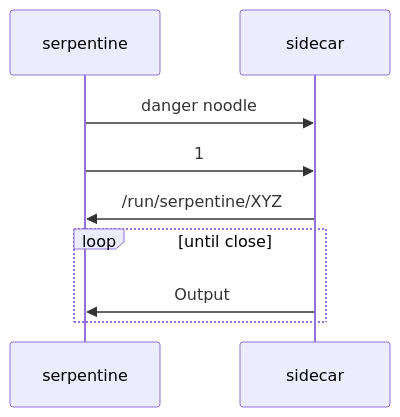
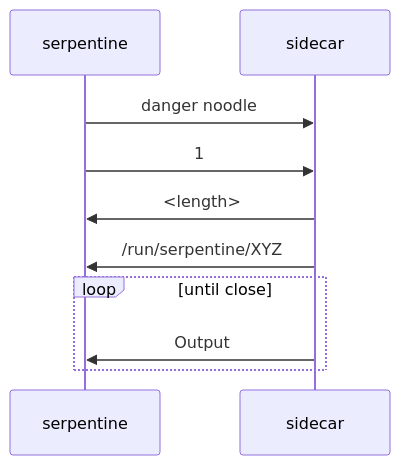
One commit to Serpent-Tools/serpentine changed the second of 2 diagrams in book/src/sidecar.md. Above: the diagram before and after it, drawn with Mermaid. The commit also changed other lines of this file and 21 other files, not shown here.

````diff
--- a/book/src/sidecar.md
+++ b/book/src/sidecar.md
@@ -52,12 +51,13 @@
 ```mermaid
 sequenceDiagram
     participant serpentine
     participant sidecar
 
     serpentine ->> sidecar : danger noodle
     serpentine ->> sidecar : 1 
+    sidecar ->> serpentine : <length>
     sidecar ->> serpentine : /run/serpentine/XYZ
     loop until close
         sidecar ->> serpentine : Output
     end
 ```
````
